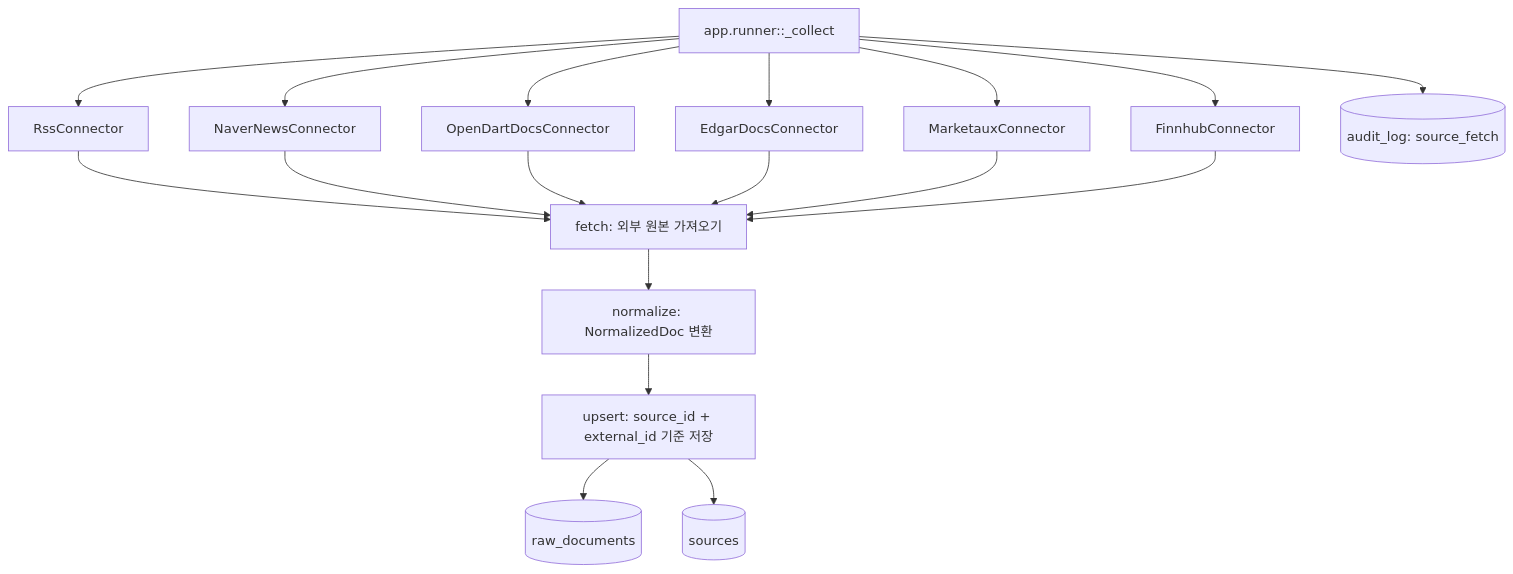
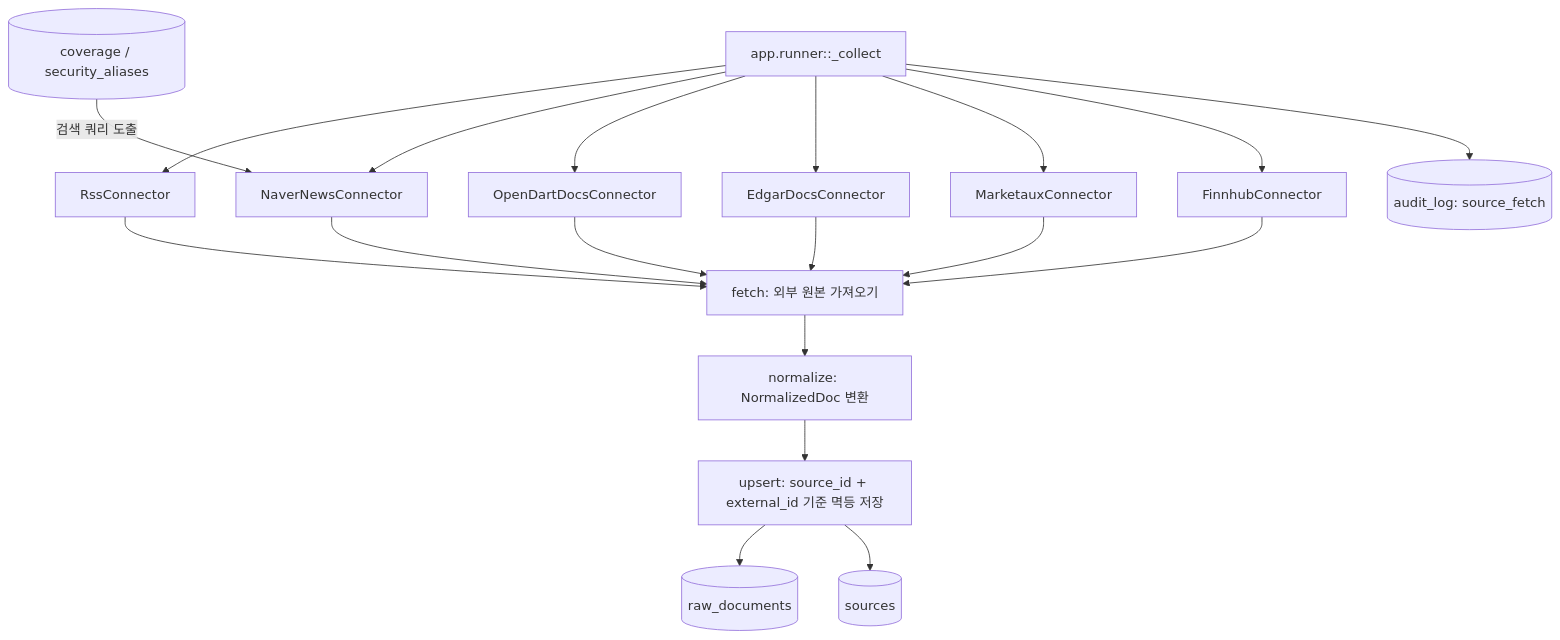
One commit to SJayKim/finance_agent changed the diagram in docs/learnings/01-data-collection.md. Above: the diagram before and after it, drawn with Mermaid. The commit also changed other lines of this file and 10 other files, not shown here.

````diff
--- a/docs/learnings/01-data-collection.md
+++ b/docs/learnings/01-data-collection.md
@@ -15,22 +17,24 @@
 ```mermaid
 flowchart TD
     Runner[app.runner::_collect] --> RSS[RssConnector]
     Runner --> Naver[NaverNewsConnector]
     Runner --> Dart[OpenDartDocsConnector]
     Runner --> Edgar[EdgarDocsConnector]
     Runner --> Marketaux[MarketauxConnector]
     Runner --> Finnhub[FinnhubConnector]
 
+    Coverage[(coverage / security_aliases)] -->|검색 쿼리 도출| Naver
+
     RSS --> Fetch[fetch: 외부 원본 가져오기]
     Naver --> Fetch
     Dart --> Fetch
     Edgar --> Fetch
     Marketaux --> Fetch
     Finnhub --> Fetch
 
     Fetch --> Normalize[normalize: NormalizedDoc 변환]
-    Normalize --> Upsert[upsert: source_id + external_id 기준 저장]
+    Normalize --> Upsert[upsert: source_id + external_id 기준 멱등 저장]
     Upsert --> Raw[(raw_documents)]
     Upsert --> Source[(sources)]
     Runner --> Audit[(audit_log: source_fetch)]
 ```
````
